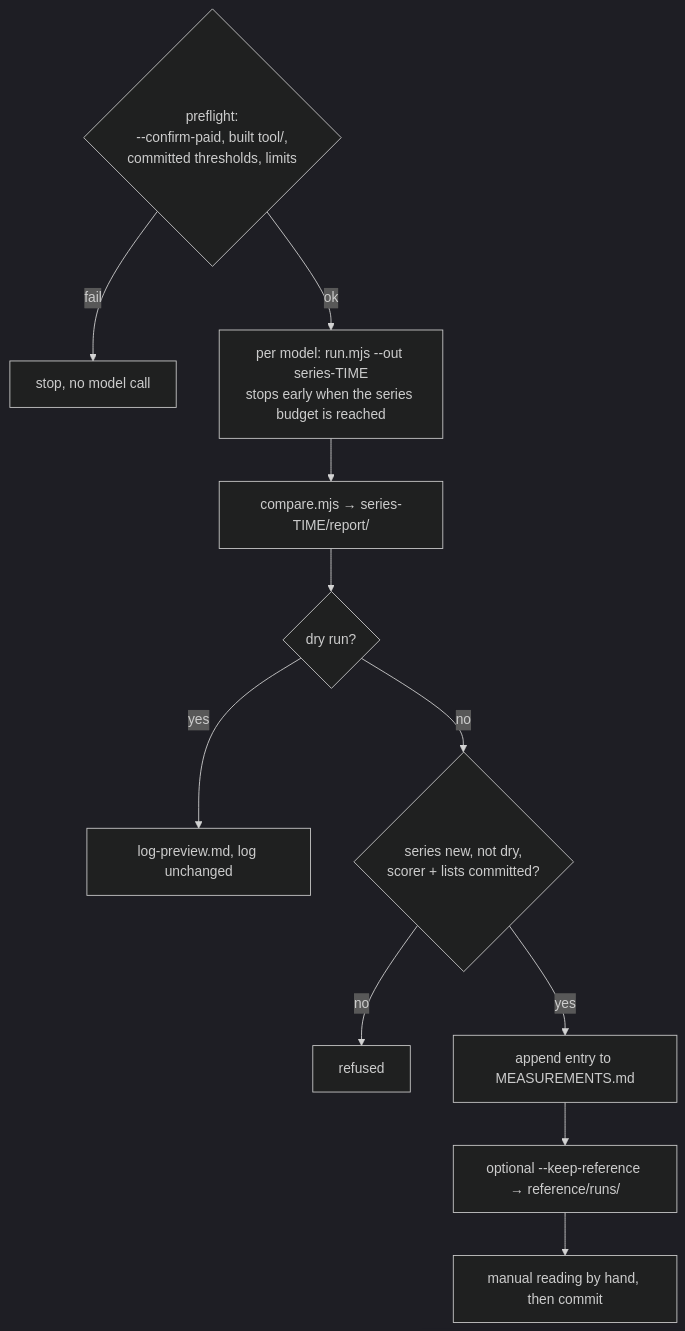
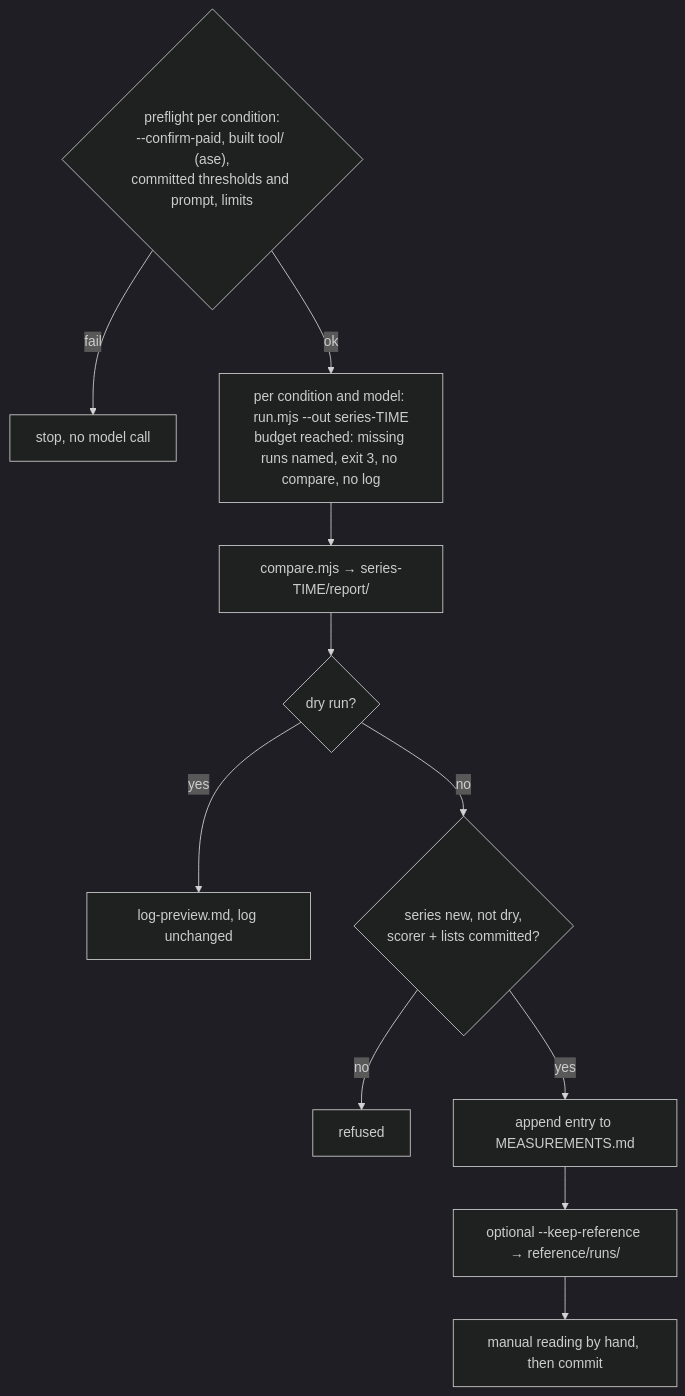
Before and after one commit to rse/ase-eval: the third of 3 diagrams in docs/review/DESIGN.md, drawn with Mermaid (dark theme). The commit also changed other lines of this file and 12 other files, not shown here.

````diff
--- a/docs/review/DESIGN.md
+++ b/docs/review/DESIGN.md
@@ -365,13 +433,13 @@
 ```mermaid
 flowchart TD
-    PF{"preflight:<br/>--confirm-paid, built tool/,<br/>committed thresholds, limits"} -- fail --> X["stop, no model call"]
-    PF -- ok --> L["per model: run.mjs --out series-TIME<br/>stops early when the series budget is reached"]
+    PF{"preflight per condition:<br/>--confirm-paid, built tool/ (ase),<br/>committed thresholds and prompt, limits"} -- fail --> X["stop, no model call"]
+    PF -- ok --> L["per condition and model: run.mjs --out series-TIME<br/>budget reached: missing runs named, exit 3, no compare, no log"]
     L --> CM["compare.mjs → series-TIME/report/"]
     CM --> D{"dry run?"}
     D -- yes --> PV["log-preview.md, log unchanged"]
     D -- no --> AJ{"series new, not dry,<br/>scorer + lists committed?"}
     AJ -- no --> RF["refused"]
     AJ -- yes --> AP["append entry to MEASUREMENTS.md"]
     AP --> KR["optional --keep-reference → reference/runs/"]
     KR --> MR["manual reading by hand, then commit"]
 ```
````
